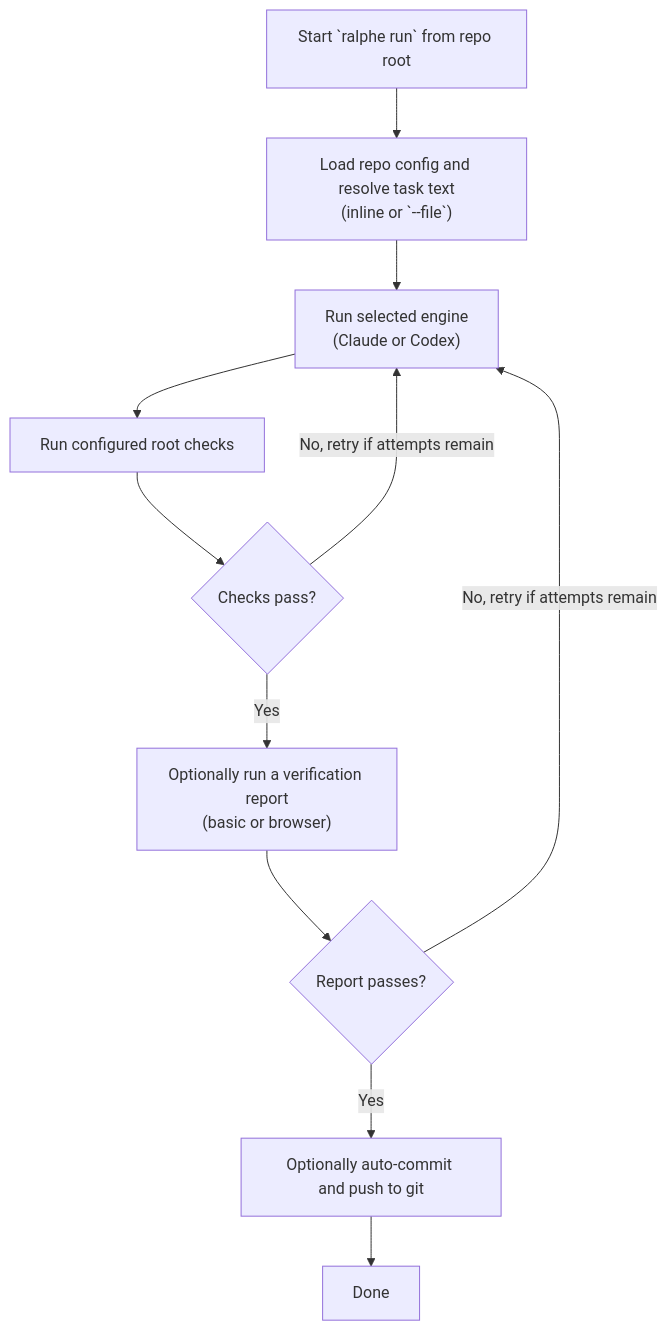
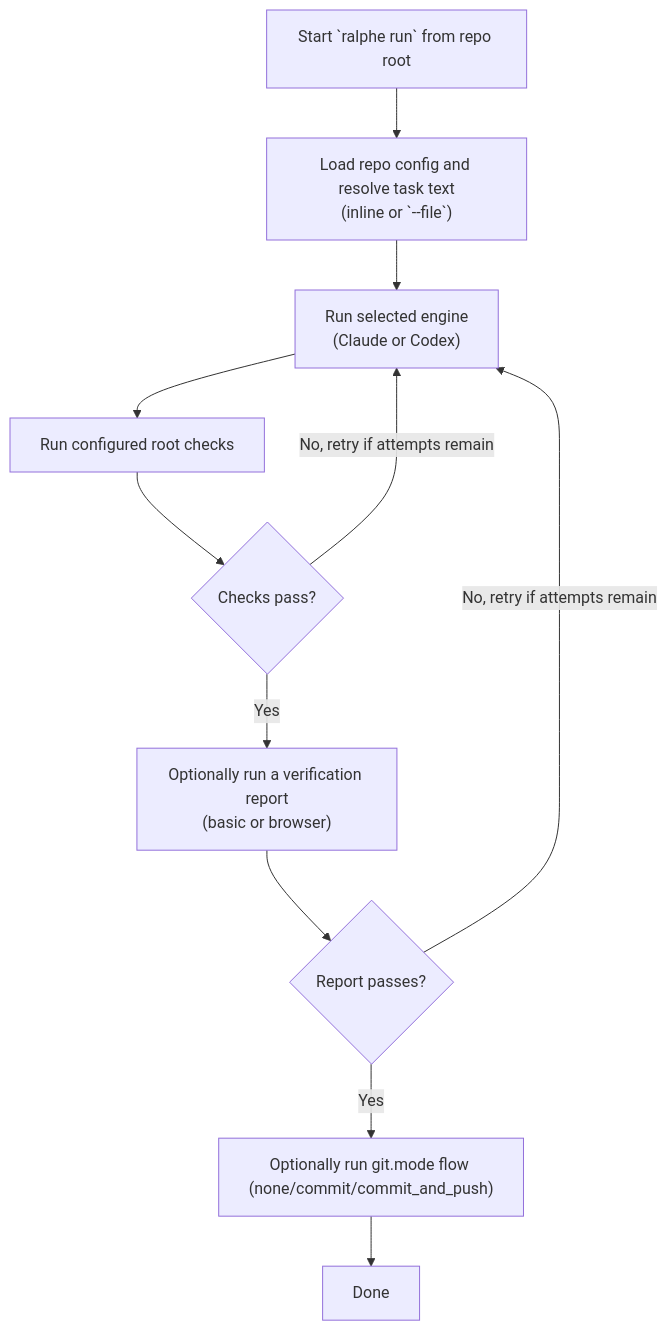
Before and after one commit to KongFastCloud/kfc-ts: the diagram in apps/ralphe/README.md, drawn with Mermaid. The commit also changed other lines of this file, not shown here.

Commit message:
docs(ralphe): update config and watch-mode behavior

````diff
--- a/apps/ralphe/README.md
+++ b/apps/ralphe/README.md
@@ -121,13 +122,13 @@
 ```mermaid
 flowchart TD
     A["Start `ralphe run` from repo root"] --> B["Load repo config and resolve task text<br/>(inline or `--file`)"]
     B --> C["Run selected engine<br/>(Claude or Codex)"]
     C --> D["Run configured root checks"]
     D --> E{"Checks pass?"}
     E -- "No, retry if attempts remain" --> C
     E -- "Yes" --> F["Optionally run a verification report<br/>(basic or browser)"]
     F --> G{"Report passes?"}
     G -- "No, retry if attempts remain" --> C
-    G -- "Yes" --> H["Optionally auto-commit and push to git"]
+    G -- "Yes" --> H["Optionally run git.mode flow (none/commit/commit_and_push)"]
     H --> I["Done"]
 ```
````
